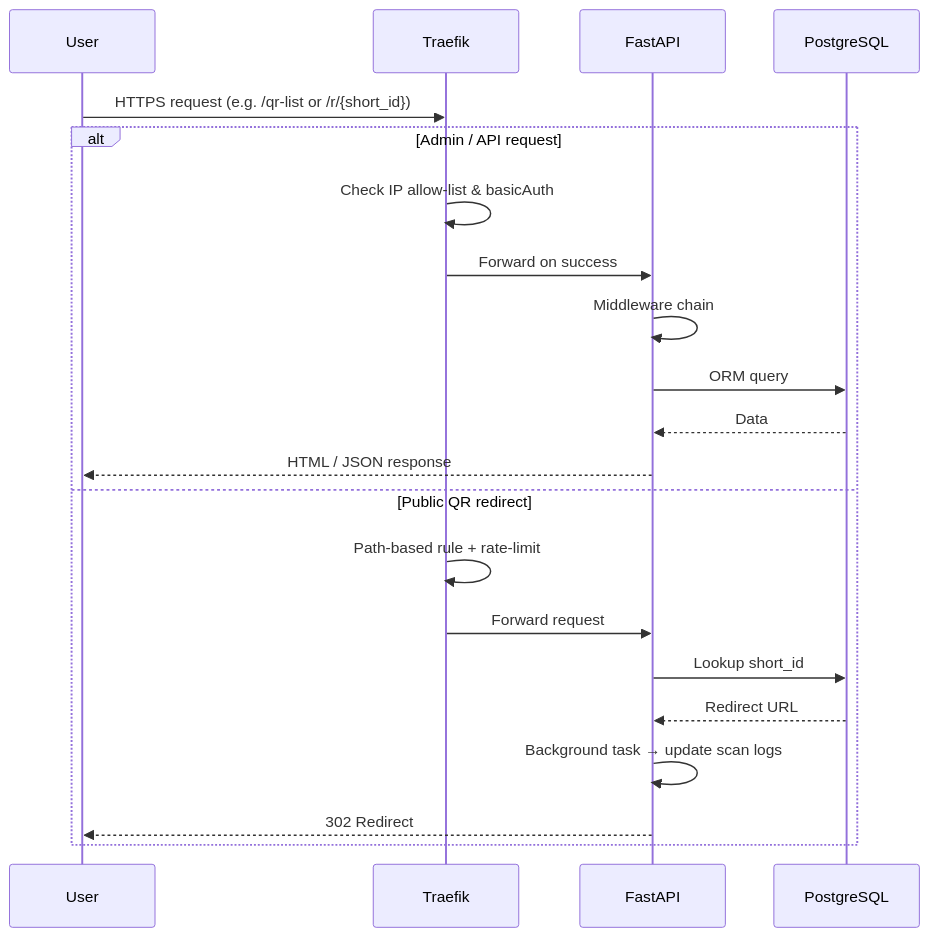
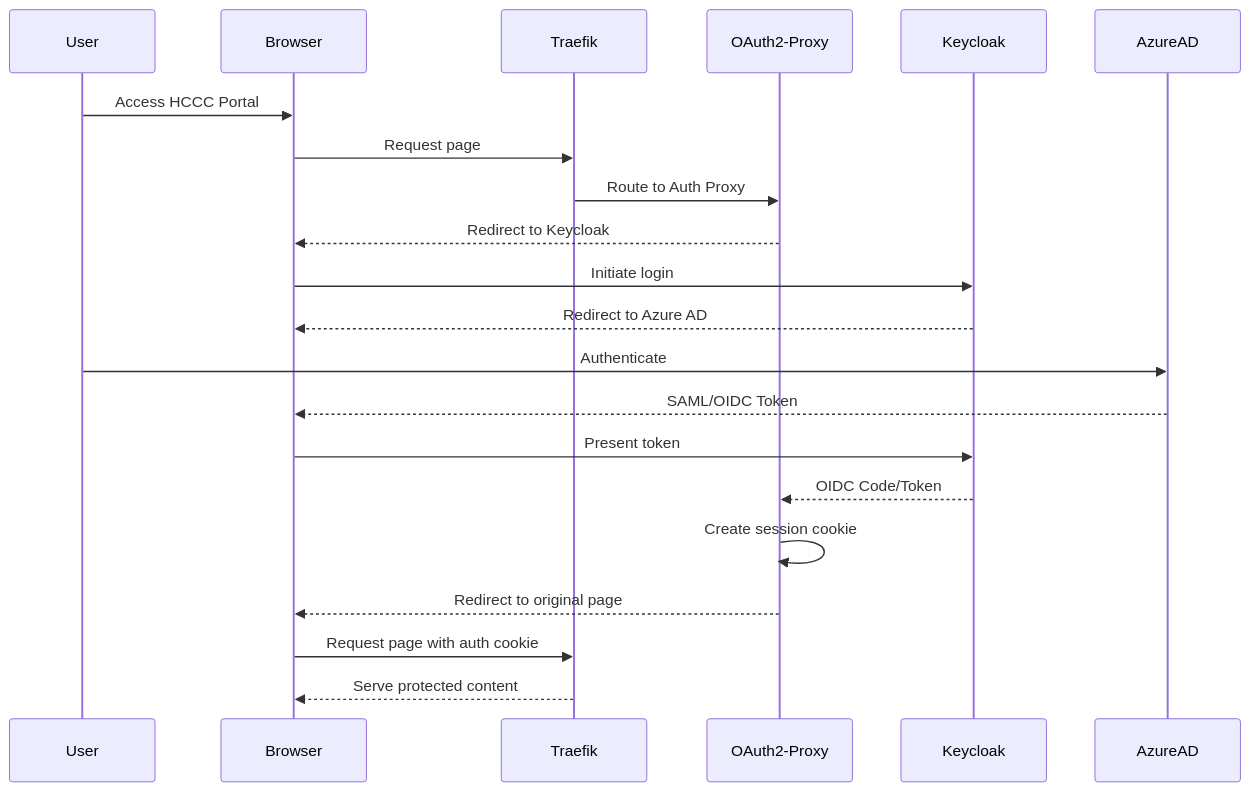
One commit to gsinghjay/mvp_qr_gen changed the third of 4 diagrams in README.md. Above: the diagram before and after it, drawn with Mermaid. The commit also changed other lines of this file, not shown here.

````diff
--- a/README.md
+++ b/README.md
@@ -231,25 +168,24 @@
 ```mermaid
 sequenceDiagram
     participant User
+    participant Browser
     participant Traefik
-    participant FastAPI
-    participant DB as PostgreSQL
-
-    User->>Traefik: HTTPS request (e.g. /qr-list or /r/{short_id})
-
-    alt Admin / API request
-        Traefik->>Traefik: Check IP allow-list & basicAuth
-        Traefik->>FastAPI: Forward on success
-        FastAPI->>FastAPI: Middleware chain
-        FastAPI->>DB: ORM query
-        DB-->>FastAPI: Data
-        FastAPI-->>User: HTML / JSON response
-    else Public QR redirect
-        Traefik->>Traefik: Path-based rule + rate-limit
-        Traefik->>FastAPI: Forward request
-        FastAPI->>DB: Lookup short_id
-        DB-->>FastAPI: Redirect URL
-        FastAPI->>FastAPI: Background task → update scan logs
-        FastAPI-->>User: 302 Redirect
-    end
+    participant OAuth2-Proxy
+    participant Keycloak
+    participant AzureAD
+    
+    User->>Browser: Access HCCC Portal
+    Browser->>Traefik: Request page
+    Traefik->>OAuth2-Proxy: Route to Auth Proxy
+    OAuth2-Proxy-->>Browser: Redirect to Keycloak
+    Browser->>Keycloak: Initiate login
+    Keycloak-->>Browser: Redirect to Azure AD
+    User->>AzureAD: Authenticate
+    AzureAD-->>Browser: SAML/OIDC Token
+    Browser->>Keycloak: Present token
+    Keycloak-->>OAuth2-Proxy: OIDC Code/Token
+    OAuth2-Proxy->>OAuth2-Proxy: Create session cookie
+    OAuth2-Proxy-->>Browser: Redirect to original page
+    Browser->>Traefik: Request page with auth cookie
+    Traefik-->>Browser: Serve protected content
 ```
````
